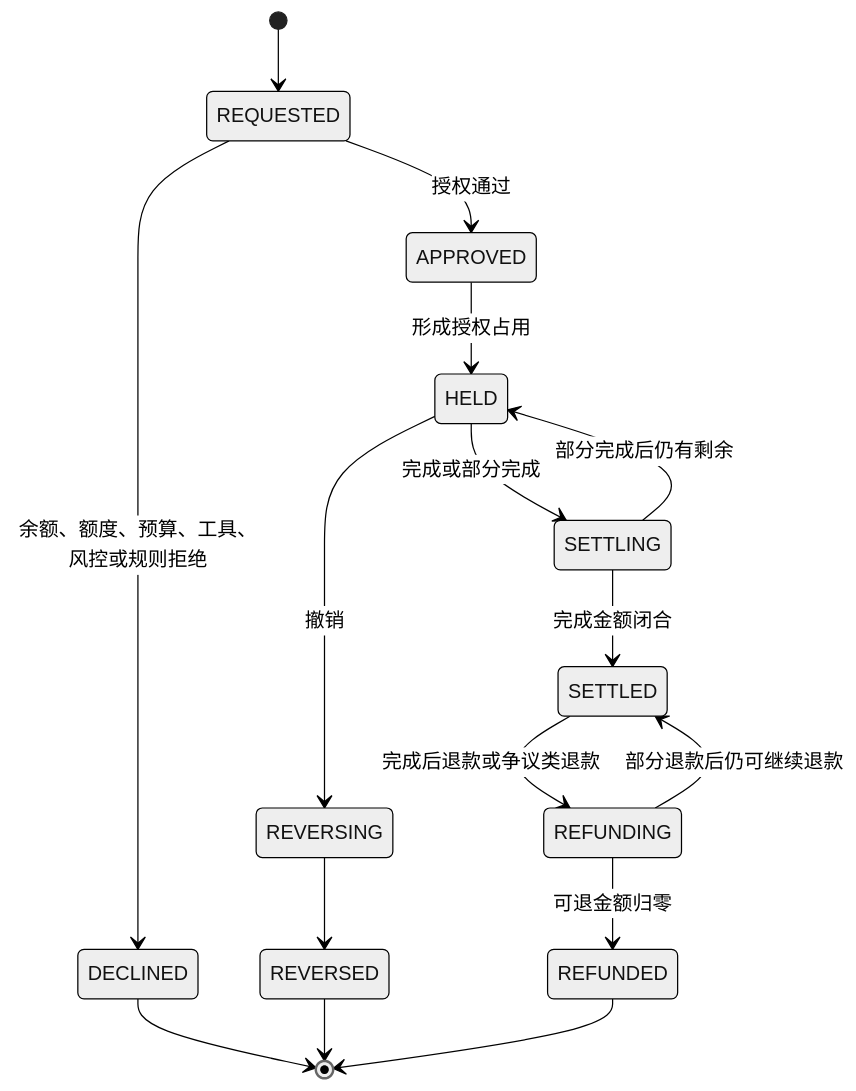
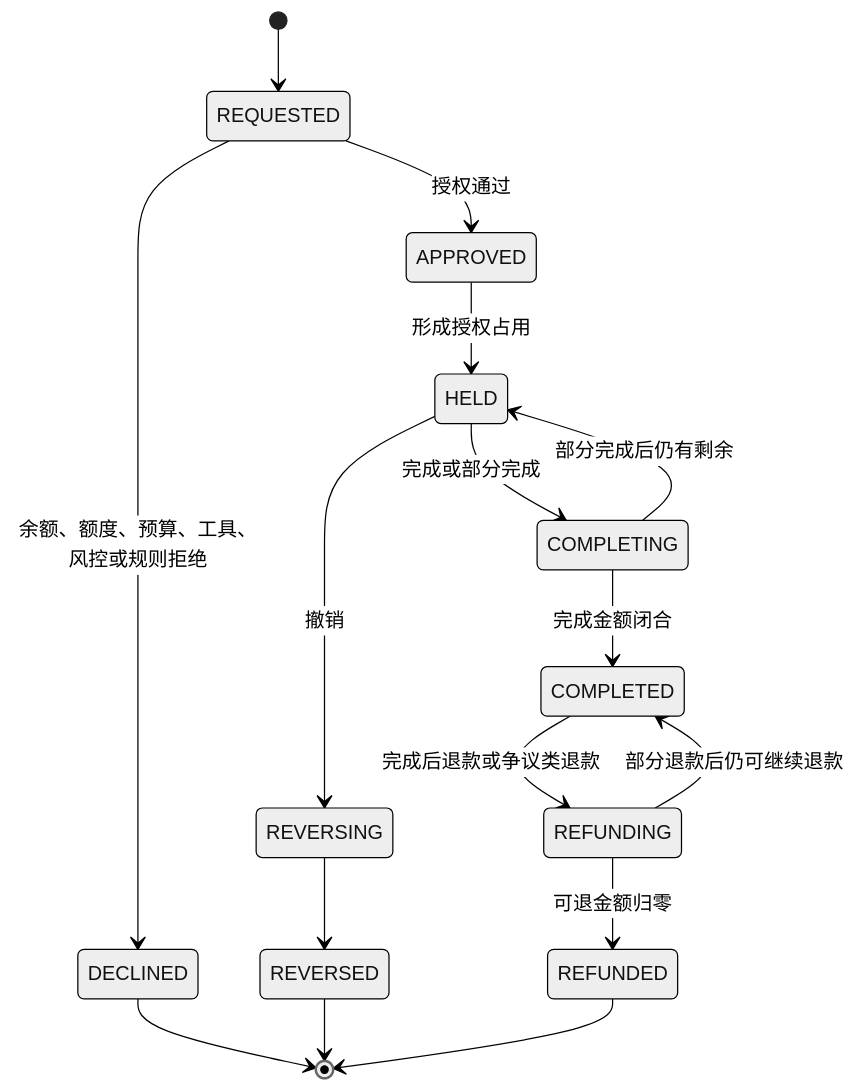
The fifth of 21 diagrams in docs/产品设计/02-交易路由钱包账目与投影.md (fengwuxp/wind-funds), drawn with Mermaid (neutral theme) before and after one commit. The commit also changed other lines of this file and 134 other files, not shown here.

````diff
--- a/docs/产品设计/02-交易路由钱包账目与投影.md
+++ b/docs/产品设计/02-交易路由钱包账目与投影.md
@@ -358,18 +358,18 @@
 ```mermaid
 stateDiagram
     [*] --> REQUESTED
     REQUESTED --> DECLINED: 余额、额度、预算、工具、风控或规则拒绝
     REQUESTED --> APPROVED: 授权通过
     APPROVED --> HELD: 形成授权占用
-    HELD --> SETTLING: 完成或部分完成
+    HELD --> COMPLETING: 完成或部分完成
     HELD --> REVERSING: 撤销
-    SETTLING --> HELD: 部分完成后仍有剩余
-    SETTLING --> SETTLED: 完成金额闭合
-    SETTLED --> REFUNDING: 完成后退款或争议类退款
-    REFUNDING --> SETTLED: 部分退款后仍可继续退款
+    COMPLETING --> HELD: 部分完成后仍有剩余
+    COMPLETING --> COMPLETED: 完成金额闭合
+    COMPLETED --> REFUNDING: 完成后退款或争议类退款
+    REFUNDING --> COMPLETED: 部分退款后仍可继续退款
     REFUNDING --> REFUNDED: 可退金额归零
     REVERSING --> REVERSED
     DECLINED --> [*]
     REVERSED --> [*]
     REFUNDED --> [*]
 ```
````
